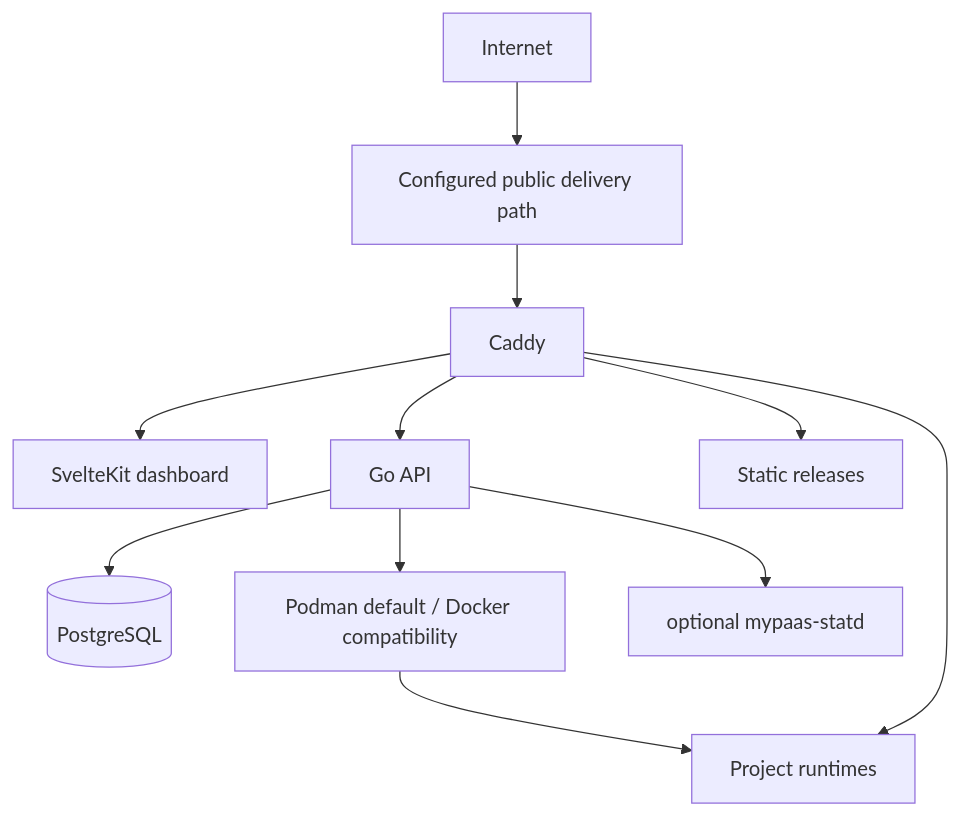
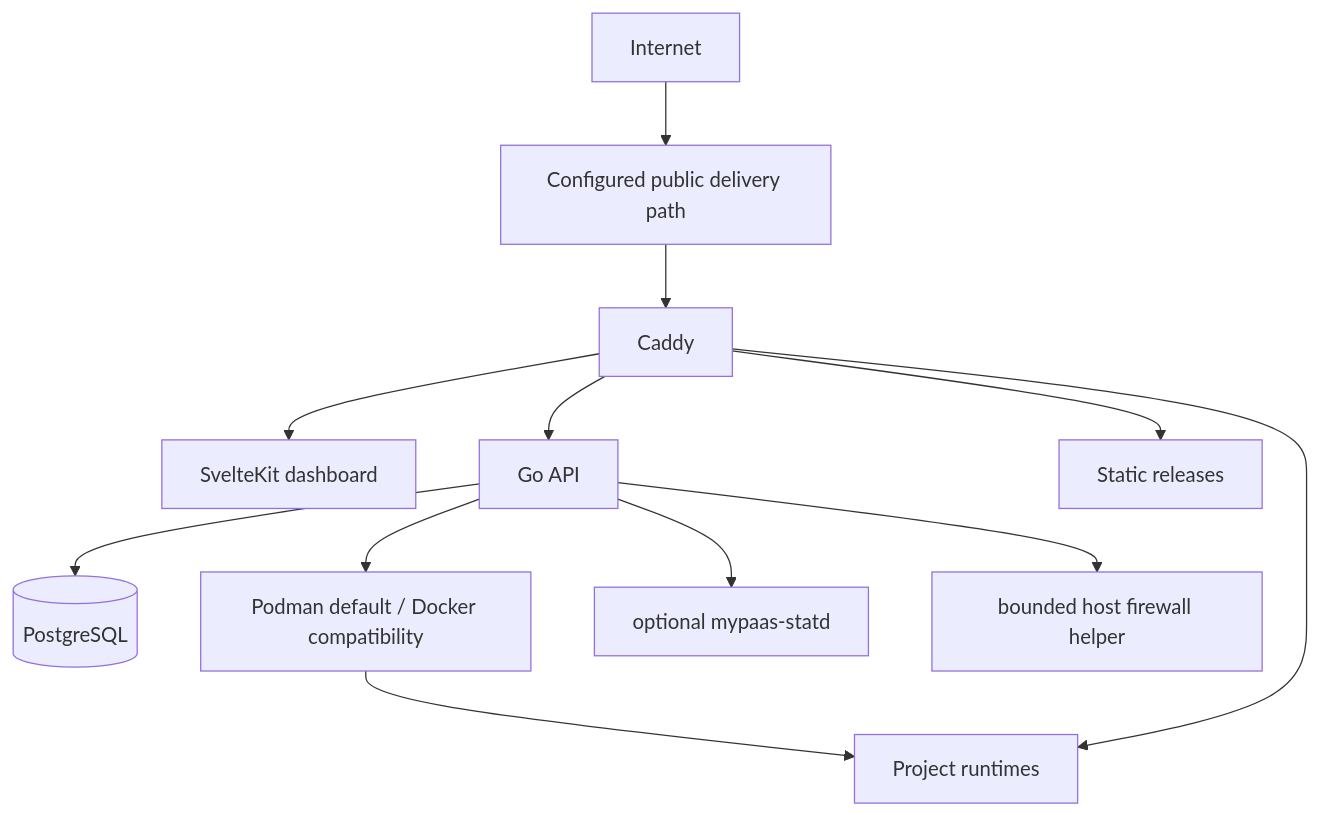
Before and after one commit to nabilrn/MyPaas: the diagram in README.md, drawn with Mermaid. The commit also changed other lines of this file, not shown here.

````diff
--- a/README.md
+++ b/README.md
@@ -80,12 +99,13 @@
 ```mermaid
 flowchart TB
     Internet["Internet"] --> Delivery["Configured public delivery path"] --> Caddy["Caddy"]
     Caddy --> Dashboard["SvelteKit dashboard"]
     Caddy --> API["Go API"]
     Caddy --> Static["Static releases"]
     Caddy --> Runtime["Project runtimes"]
     API --> Postgres[("PostgreSQL")]
     API --> Engine["Podman default / Docker compatibility"]
     API --> Statd["optional mypaas-statd"]
+    API --> Firewall["bounded host firewall helper"]
     Engine --> Runtime
 ```
````
